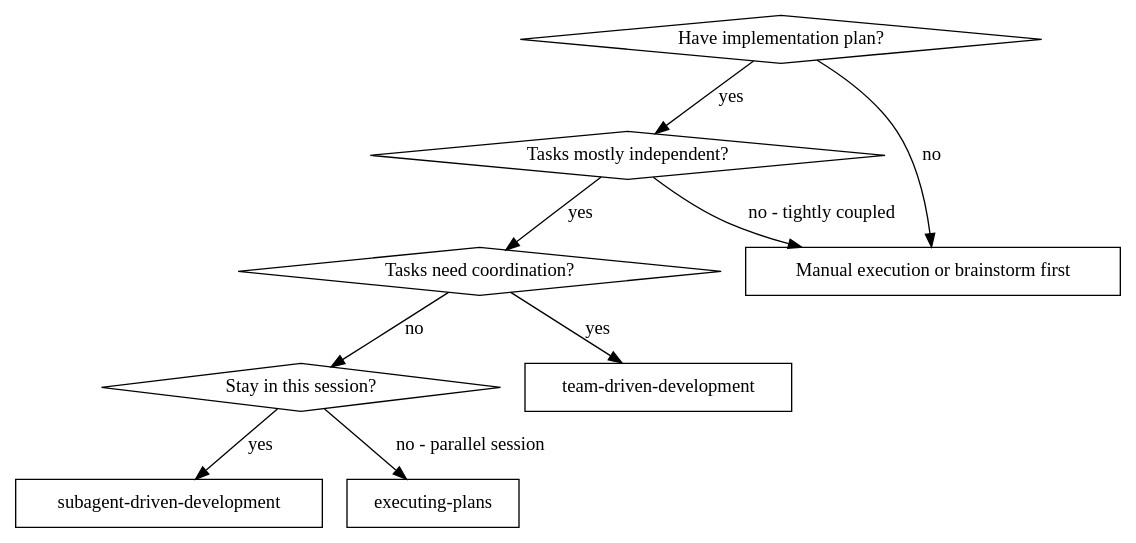
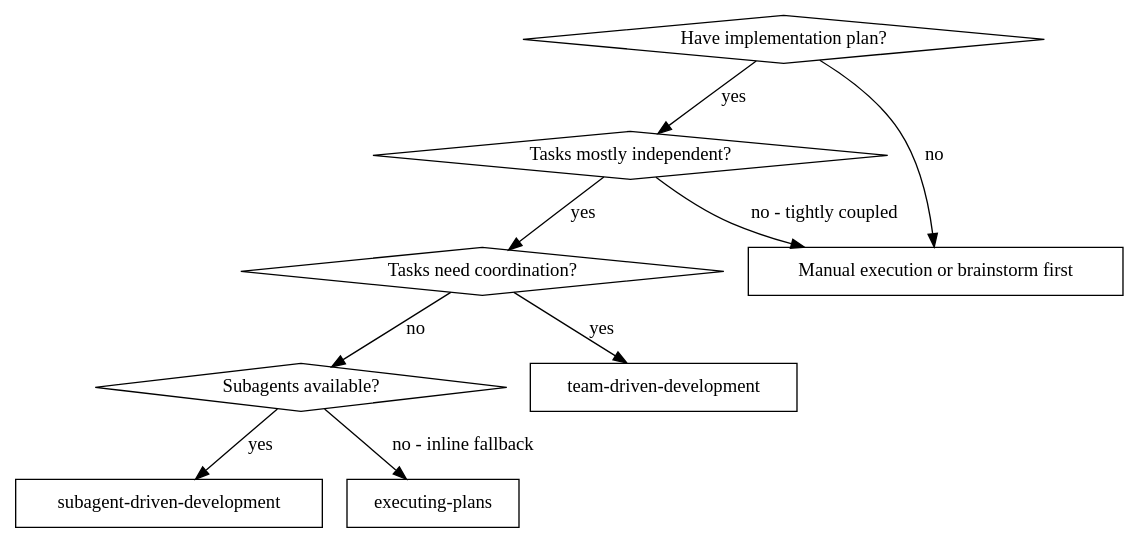
Before and after one commit to ehartye/Hartye-superpowers: the first of 2 diagrams in skills/subagent-driven-development/SKILL.md, drawn with Graphviz. The commit also changed other lines of this file and 4 other files, not shown here.

````diff
--- a/skills/subagent-driven-development/SKILL.md
+++ b/skills/subagent-driven-development/SKILL.md
@@ -18,21 +18,21 @@
 ```dot
 digraph when_to_use {
     "Have implementation plan?" [shape=diamond];
     "Tasks mostly independent?" [shape=diamond];
     "Tasks need coordination?" [shape=diamond];
-    "Stay in this session?" [shape=diamond];
+    "Subagents available?" [shape=diamond];
     "subagent-driven-development" [shape=box];
     "team-driven-development" [shape=box];
     "executing-plans" [shape=box];
     "Manual execution or brainstorm first" [shape=box];
 
     "Have implementation plan?" -> "Tasks mostly independent?" [label="yes"];
     "Have implementation plan?" -> "Manual execution or brainstorm first" [label="no"];
     "Tasks mostly independent?" -> "Tasks need coordination?" [label="yes"];
     "Tasks mostly independent?" -> "Manual execution or brainstorm first" [label="no - tightly coupled"];
     "Tasks need coordination?" -> "team-driven-development" [label="yes"];
-    "Tasks need coordination?" -> "Stay in this session?" [label="no"];
-    "Stay in this session?" -> "subagent-driven-development" [label="yes"];
-    "Stay in this session?" -> "executing-plans" [label="no - parallel session"];
+    "Tasks need coordination?" -> "Subagents available?" [label="no"];
+    "Subagents available?" -> "subagent-driven-development" [label="yes"];
+    "Subagents available?" -> "executing-plans" [label="no - inline fallback"];
 }
 ```
````
